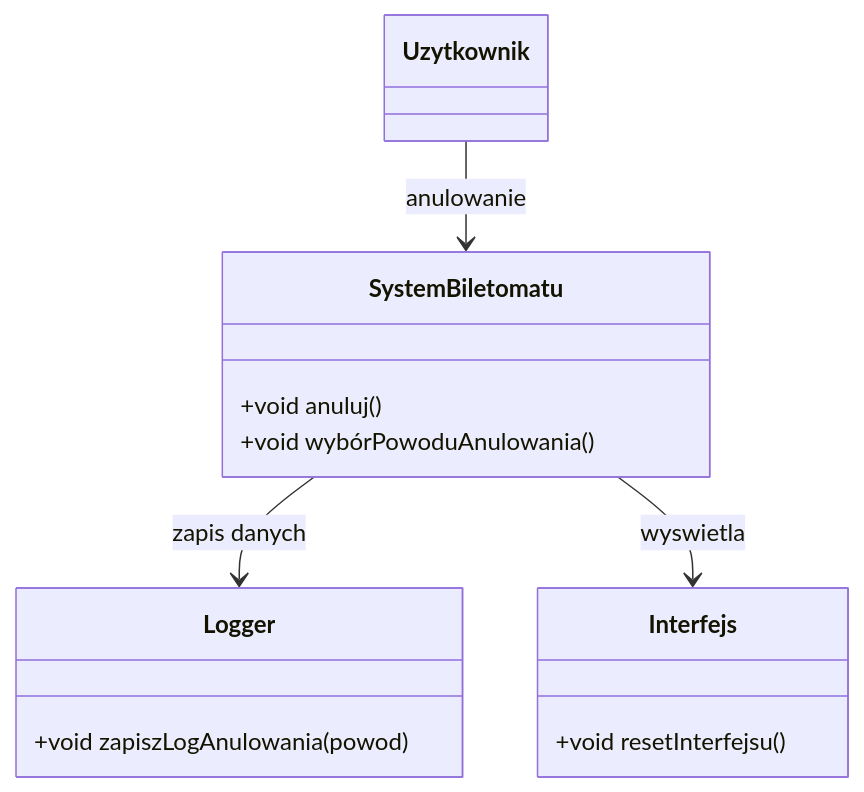
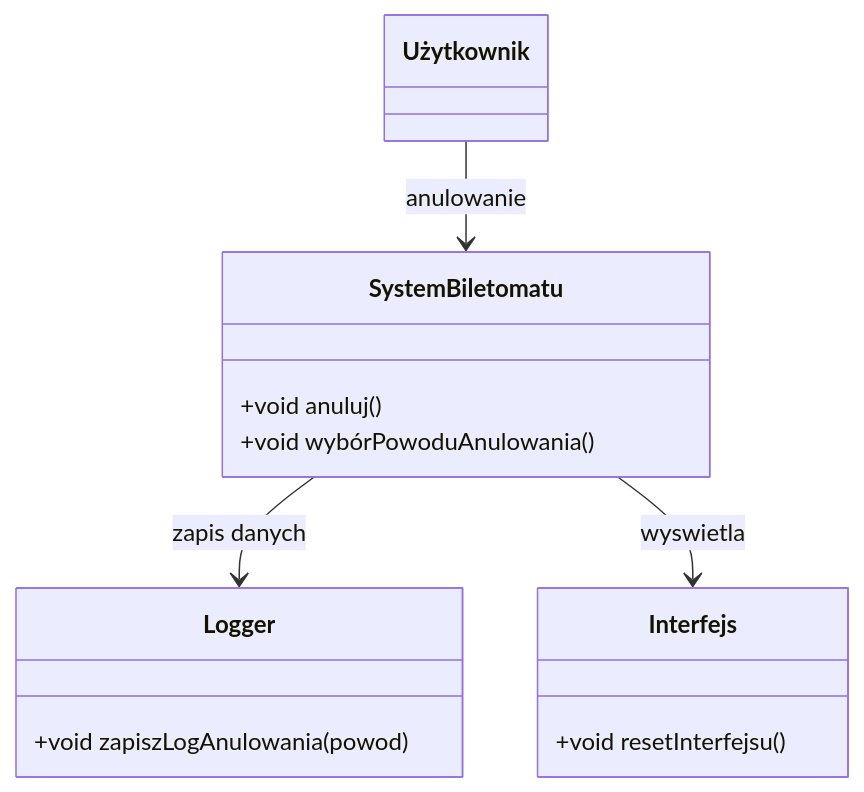
Before and after one commit to Mkkami/MWO: the second of 2 diagrams in klasy.md, drawn with Mermaid. The commit also changed other lines of this file, not shown here.

````diff
--- a/klasy.md
+++ b/klasy.md
@@ -17,20 +17,23 @@
 ```mermaid
 classDiagram
+  class Użytkownik {
+  }
+
   class SystemBiletomatu {
     +void anuluj()
     +void wybórPowoduAnulowania()
   }
 
   class Logger {
       +void zapiszLogAnulowania(powod)
   }
 
   class Interfejs {
     +void resetInterfejsu()
   }
 
-    Uzytkownik --> SystemBiletomatu : anulowanie
+    Użytkownik --> SystemBiletomatu : anulowanie
     SystemBiletomatu --> Logger : zapis danych
     SystemBiletomatu --> Interfejs : wyswietla
 
 ```
````
